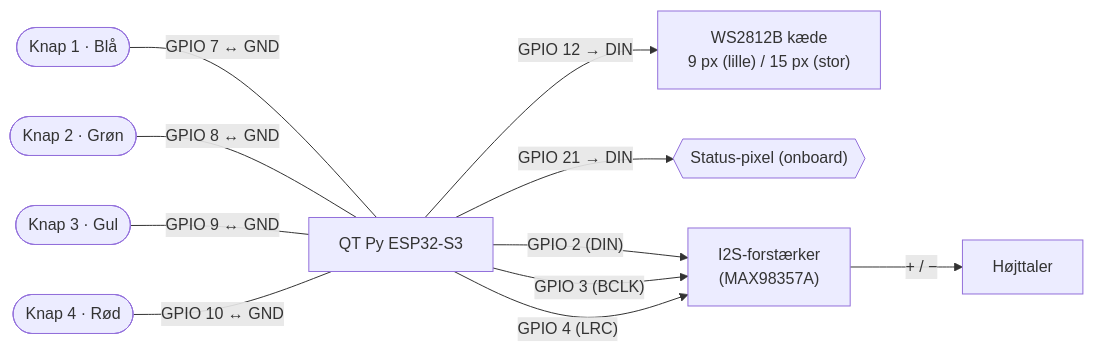
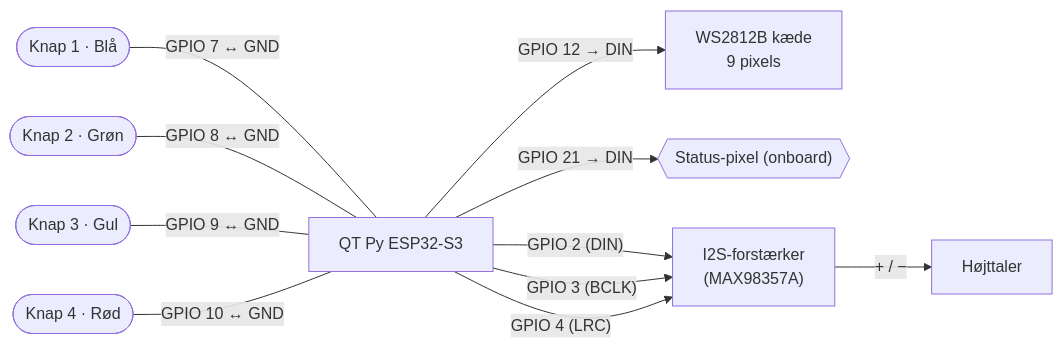
One commit to MichaelHviid/Futuretown-Patruljedysten changed the first of 2 diagrams in docs/HARDWARE-Joystick.md. Above: the diagram before and after it, drawn with Mermaid. The commit also changed other lines of this file, not shown here.

First line of the commit message:
docs: stor joystick har knapper paa GPIO 1-11

````diff
--- a/docs/HARDWARE-Joystick.md
+++ b/docs/HARDWARE-Joystick.md
@@ -63,23 +81,23 @@
 ```mermaid
 flowchart LR
   ESP["QT Py ESP32-S3"]
   B1(["Knap 1 · Blå"])
   B2(["Knap 2 · Grøn"])
   B3(["Knap 3 · Gul"])
   B4(["Knap 4 · Rød"])
-  LEDS["WS2812B kæde<br/>9 px (lille) / 15 px (stor)"]
+  LEDS["WS2812B kæde<br/>9 pixels"]
   STAT{{"Status-pixel (onboard)"}}
   AMP["I2S-forstærker<br/>(MAX98357A)"]
   SPK["Højttaler"]
 
   B1 ---|"GPIO 7 ↔ GND"| ESP
   B2 ---|"GPIO 8 ↔ GND"| ESP
   B3 ---|"GPIO 9 ↔ GND"| ESP
   B4 ---|"GPIO 10 ↔ GND"| ESP
   ESP -->|"GPIO 12 → DIN"| LEDS
   ESP -->|"GPIO 21 → DIN"| STAT
   ESP -->|"GPIO 2 (DIN)"| AMP
   ESP -->|"GPIO 3 (BCLK)"| AMP
   ESP -->|"GPIO 4 (LRC)"| AMP
   AMP -->|"+ / −"| SPK
 ```
````
